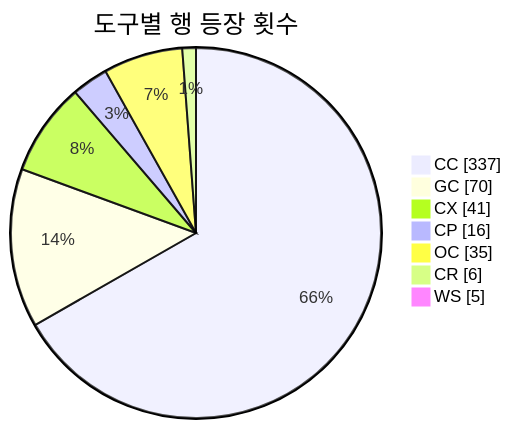
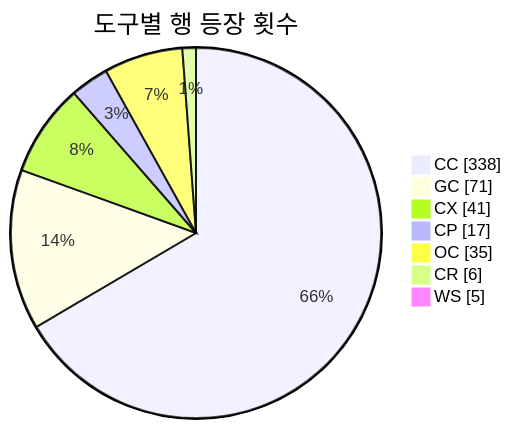
One commit to J-nowcow/awesome-korean-agent-skills changed the second of 3 diagrams in README.md. Above: the diagram before and after it, drawn with Mermaid. The commit also changed other lines of this file and 4 other files, not shown here.

````diff
--- a/README.md
+++ b/README.md
@@ -193,11 +193,11 @@
 ```mermaid
 pie showData
     title 도구별 행 등장 횟수
-    "CC" : 337
-    "GC" : 70
+    "CC" : 338
+    "GC" : 71
     "CX" : 41
-    "CP" : 16
+    "CP" : 17
     "OC" : 35
     "CR" : 6
     "WS" : 5
 ```
````
